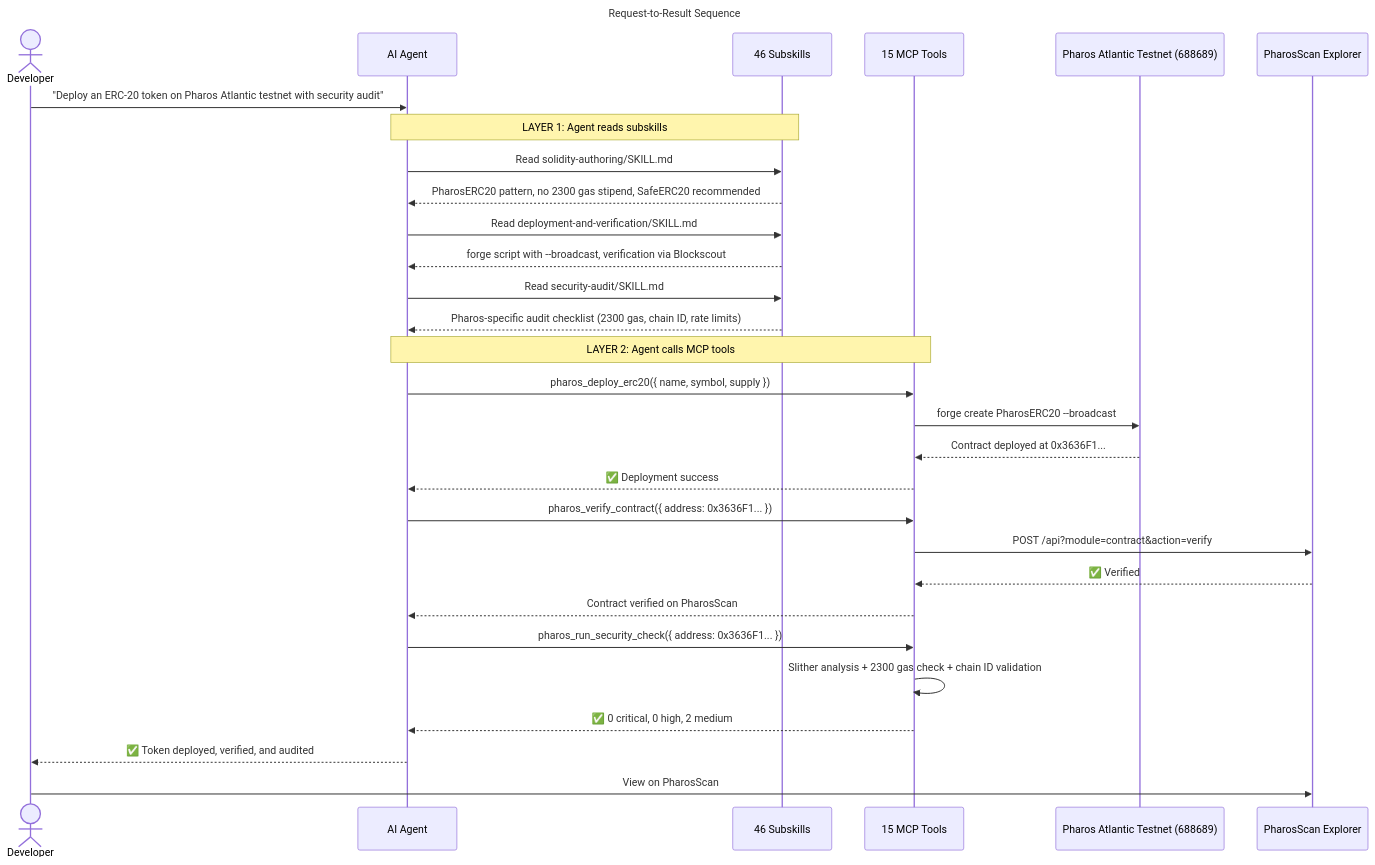
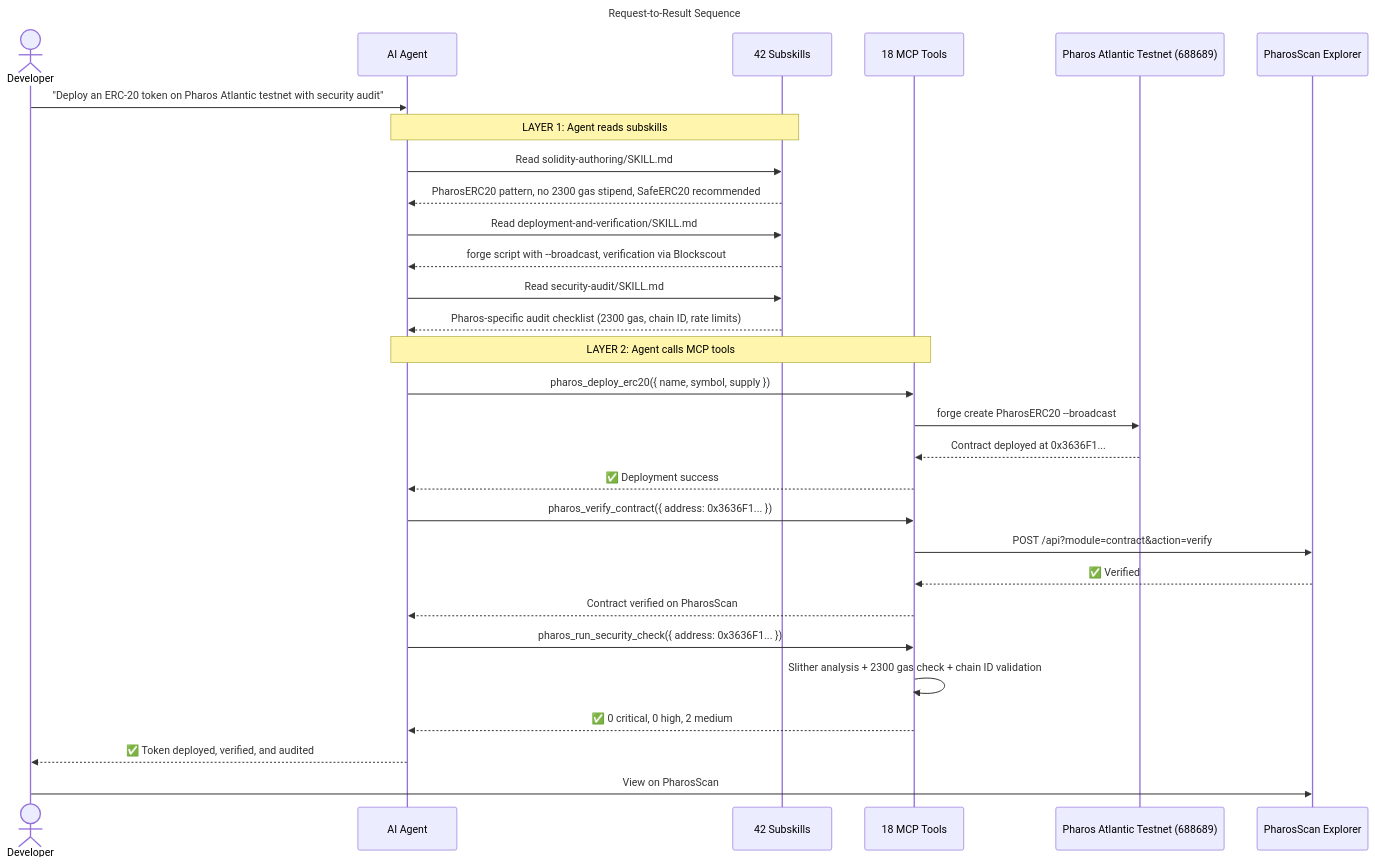
The second of 5 diagrams in CASCADE.md (tejas0111/Pharos), drawn with Mermaid before and after one commit. The commit also changed other lines of this file and 37 other files, not shown here.

````diff
--- a/CASCADE.md
+++ b/CASCADE.md
@@ -64,40 +67,40 @@
 ```mermaid
 ---
 title: Request-to-Result Sequence
 ---
 sequenceDiagram
     actor U as Developer
     participant A as AI Agent
-    participant S as 46 Subskills
-    participant T as 15 MCP Tools
+    participant S as 42 Subskills
+    participant T as 18 MCP Tools
     participant B as Pharos Atlantic Testnet (688689)
     participant E as PharosScan Explorer
 
     U->>A: "Deploy an ERC-20 token on Pharos Atlantic testnet with security audit"
 
     Note over A,S: LAYER 1: Agent reads subskills
     A->>S: Read solidity-authoring/SKILL.md
     S-->>A: PharosERC20 pattern, no 2300 gas stipend, SafeERC20 recommended
     A->>S: Read deployment-and-verification/SKILL.md
     S-->>A: forge script with --broadcast, verification via Blockscout
     A->>S: Read security-audit/SKILL.md
     S-->>A: Pharos-specific audit checklist (2300 gas, chain ID, rate limits)
 
     Note over A,T: LAYER 2: Agent calls MCP tools
     A->>T: pharos_deploy_erc20({ name, symbol, supply })
     T->>B: forge create PharosERC20 --broadcast
     B-->>T: Contract deployed at 0x3636F1...
     T-->>A: ✅ Deployment success
 
     A->>T: pharos_verify_contract({ address: 0x3636F1... })
     T->>E: POST /api?module=contract&action=verify
     E-->>T: ✅ Verified
     T-->>A: Contract verified on PharosScan
 
     A->>T: pharos_run_security_check({ address: 0x3636F1... })
     T->>T: Slither analysis + 2300 gas check + chain ID validation
     T-->>A: ✅ 0 critical, 0 high, 2 medium
 
     A-->>U: ✅ Token deployed, verified, and audited
     U->>E: View on PharosScan
 ```
````
